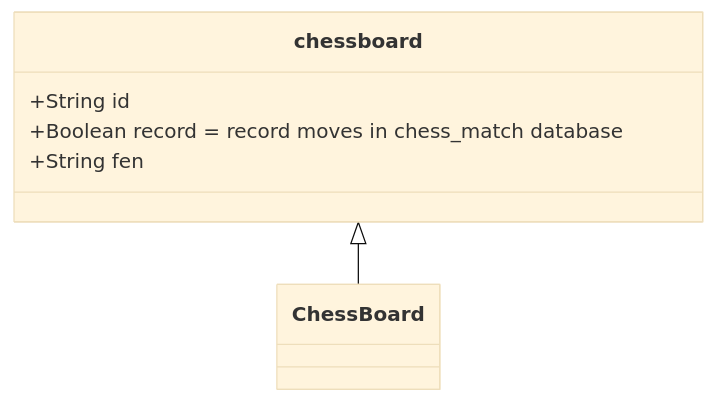
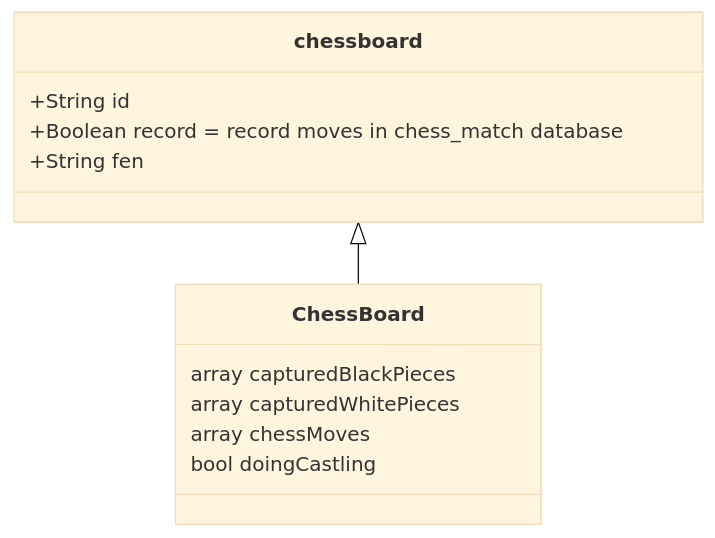
One commit to Schaakzet/schaakzet.github.io changed the second of 2 diagrams in README.md. Above: the diagram before and after it, drawn with Mermaid (base theme). The commit also changed other lines of this file, not shown here.

````diff
--- a/README.md
+++ b/README.md
@@ -45,7 +74,14 @@
 ```mermaid
 classDiagram
+      class ChessBoard {
+            array capturedBlackPieces
+            array capturedWhitePieces
+            array chessMoves
+            bool  doingCastling
+      }
+
       chessboard <|-- ChessBoard
       chessboard: +String id
       chessboard: +Boolean record = record moves in chess_match database
       chessboard: +String fen
 ```
````
